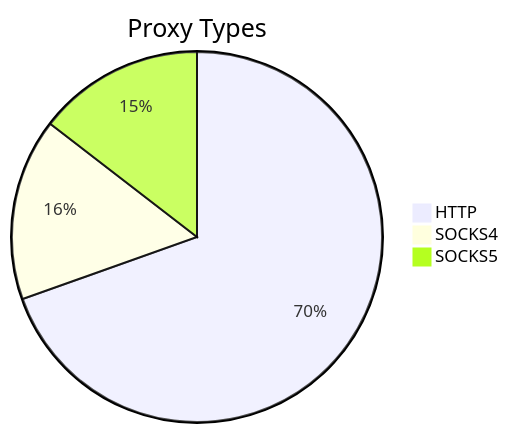
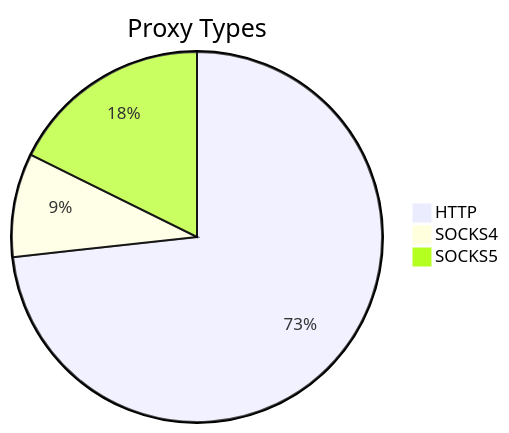
The first of 2 diagrams in README.md (stormsia/proxy-list), drawn with Mermaid before and after one commit. The commit also changed other lines of this file, not shown here.

````diff
--- a/README.md
+++ b/README.md
@@ -21,6 +21,6 @@
 ```mermaid
 pie title Proxy Types
-    "HTTP" : 464
-    "SOCKS4" : 106
-    "SOCKS5" : 97
+    "HTTP" : 348
+    "SOCKS4" : 43
+    "SOCKS5" : 84
 ```
````
